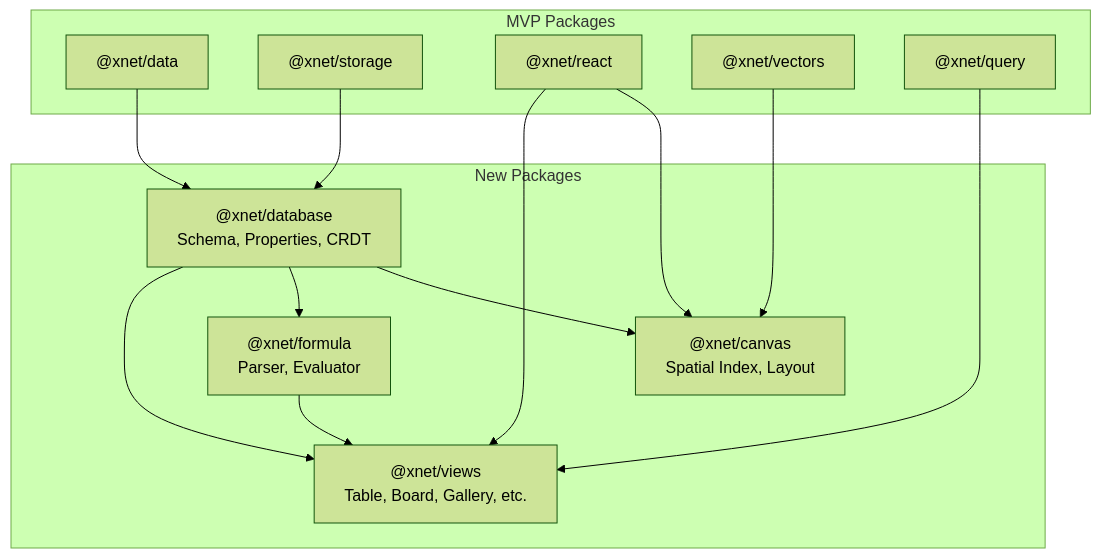
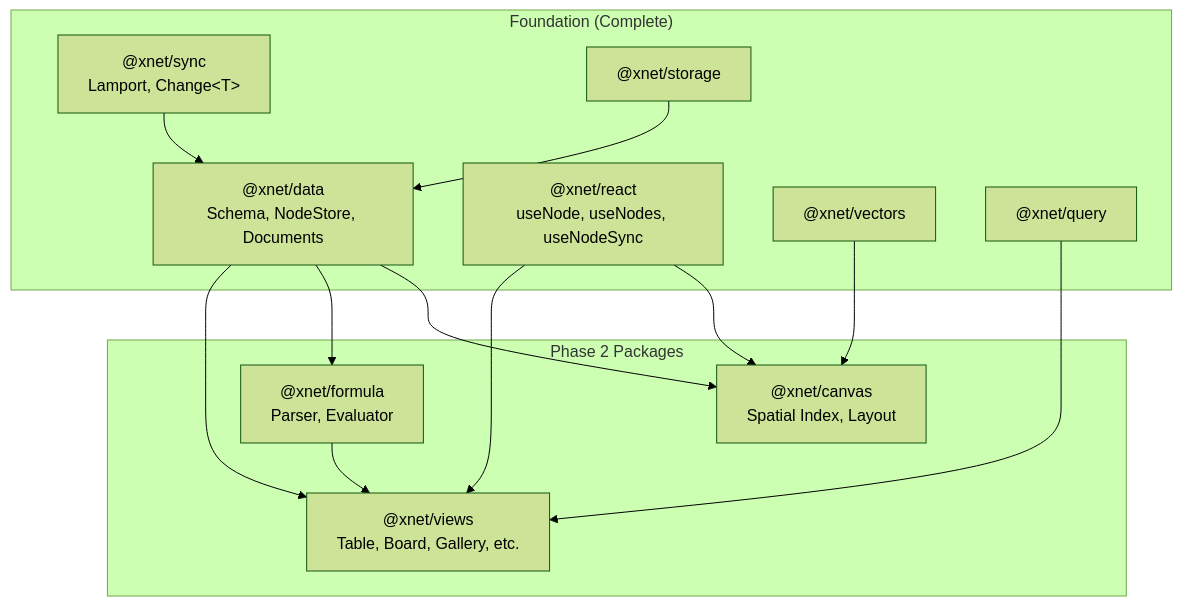
The first of 3 diagrams in docs/planStep02DatabasePlatform/00-overview.md (crs48/xNet), drawn with Mermaid (forest theme) before and after one commit. The commit also changed other lines of this file and 23 other files, not shown here.

First line of the commit message:
Update planning docs for schema-first Node architecture

````diff
--- a/docs/planStep02DatabasePlatform/00-overview.md
+++ b/docs/planStep02DatabasePlatform/00-overview.md
@@ -31,28 +38,28 @@
 ```mermaid
 flowchart TD
-    subgraph "New Packages"
-        DATABASE["@xnet/database<br/>Schema, Properties, CRDT"]
+    subgraph "Phase 2 Packages"
         VIEWS["@xnet/views<br/>Table, Board, Gallery, etc."]
         FORMULA["@xnet/formula<br/>Parser, Evaluator"]
         CANVAS["@xnet/canvas<br/>Spatial Index, Layout"]
     end
 
-    subgraph "MVP Packages"
-        DATA["@xnet/data"]
+    subgraph "Foundation (Complete)"
+        DATA["@xnet/data<br/>Schema, NodeStore, Documents"]
+        SYNC["@xnet/sync<br/>Lamport, Change&lt;T&gt;"]
         STORAGE["@xnet/storage"]
-        REACT["@xnet/react"]
+        REACT["@xnet/react<br/>useNode, useNodes, useNodeSync"]
         VECTORS["@xnet/vectors"]
         QUERY["@xnet/query"]
     end
 
-    DATA --> DATABASE
-    STORAGE --> DATABASE
-    DATABASE --> VIEWS
-    DATABASE --> FORMULA
-    DATABASE --> CANVAS
+    SYNC --> DATA
+    STORAGE --> DATA
+    DATA --> VIEWS
+    DATA --> FORMULA
+    DATA --> CANVAS
     REACT --> VIEWS
     REACT --> CANVAS
     VECTORS --> CANVAS
     QUERY --> VIEWS
     FORMULA --> VIEWS
 ```
````
